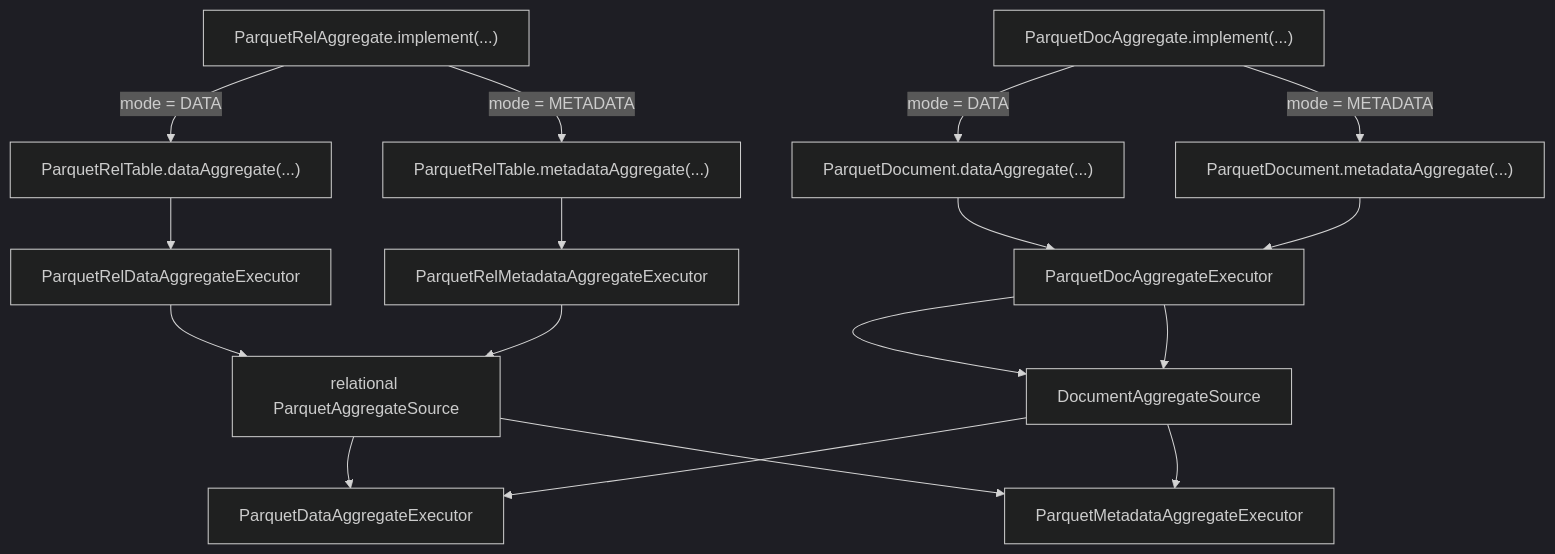
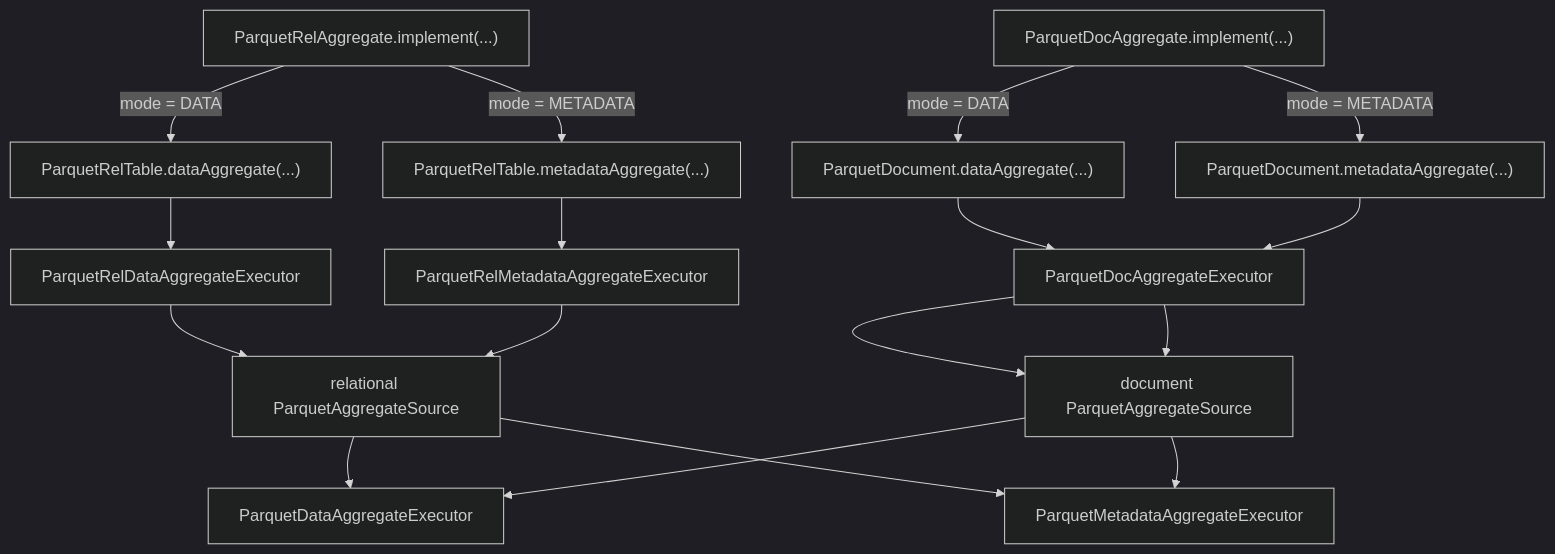
One commit to polypheny/Polypheny-DB changed the first of 6 diagrams in plugins/parquet-adapter/docs/rel_execution_flows.md. Above: the diagram before and after it, drawn with Mermaid (dark theme). The commit also changed other lines of this file and 18 other files, not shown here.

````diff
--- a/plugins/parquet-adapter/docs/rel_execution_flows.md
+++ b/plugins/parquet-adapter/docs/rel_execution_flows.md
@@ -14,30 +8,30 @@
 ```mermaid
 flowchart TD
     relPlan["ParquetRelAggregate.implement(...)"]
     docPlan["ParquetDocAggregate.implement(...)"]
 
     relDataEntry["ParquetRelTable.dataAggregate(...)"]
     relMetadataEntry["ParquetRelTable.metadataAggregate(...)"]
     docDataEntry["ParquetDocument.dataAggregate(...)"]
     docMetadataEntry["ParquetDocument.metadataAggregate(...)"]
 
     relDataWrapper["ParquetRelDataAggregateExecutor"]
     relMetadataWrapper["ParquetRelMetadataAggregateExecutor"]
     docWrapper["ParquetDocAggregateExecutor"]
 
     relSource["relational ParquetAggregateSource"]
-    docSource["DocumentAggregateSource"]
+    docSource["document ParquetAggregateSource"]
 
     dataExecutor["ParquetDataAggregateExecutor"]
     metadataExecutor["ParquetMetadataAggregateExecutor"]
 
     relPlan -->|"mode = DATA"| relDataEntry
     relPlan -->|"mode = METADATA"| relMetadataEntry
     docPlan -->|"mode = DATA"| docDataEntry
     docPlan -->|"mode = METADATA"| docMetadataEntry
 
     relDataEntry --> relDataWrapper --> relSource --> dataExecutor
     relMetadataEntry --> relMetadataWrapper --> relSource --> metadataExecutor
     docDataEntry --> docWrapper --> docSource --> dataExecutor
     docMetadataEntry --> docWrapper --> docSource --> metadataExecutor
 ```
````
